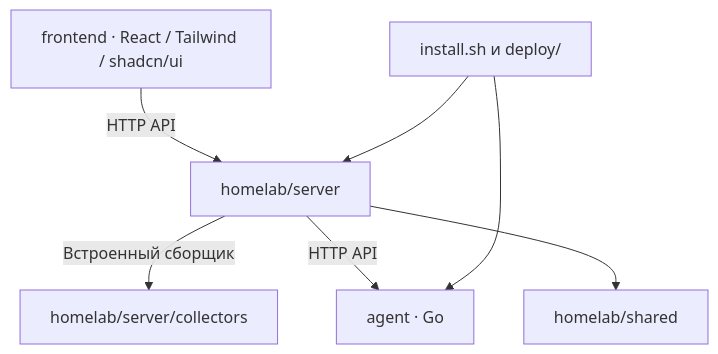
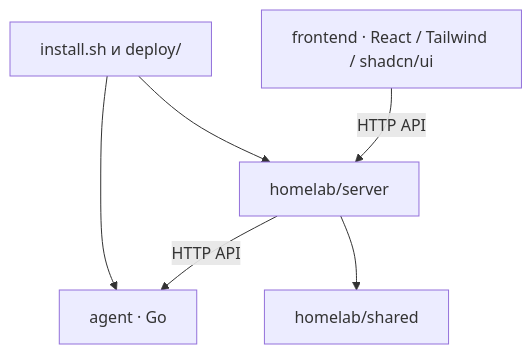
Before and after one commit to nikitakiselev/homelab-dashboard: the third of 3 diagrams in docs/architecture.md, drawn with Mermaid. The commit also changed other lines of this file and 31 other files, not shown here.

````diff
--- a/docs/architecture.md
+++ b/docs/architecture.md
@@ -54,9 +51,8 @@
 ```mermaid
 flowchart TD
     UI["frontend · React / Tailwind / shadcn/ui"] -->|"HTTP API"| Server["homelab/server"]
-    Server -->|"Встроенный сборщик"| Builtin["homelab/server/collectors"]
     Server -->|"HTTP API"| Agent["agent · Go"]
     Server --> Shared["homelab/shared"]
     Deploy["install.sh и deploy/"] --> Server
     Deploy --> Agent
 ```
````
